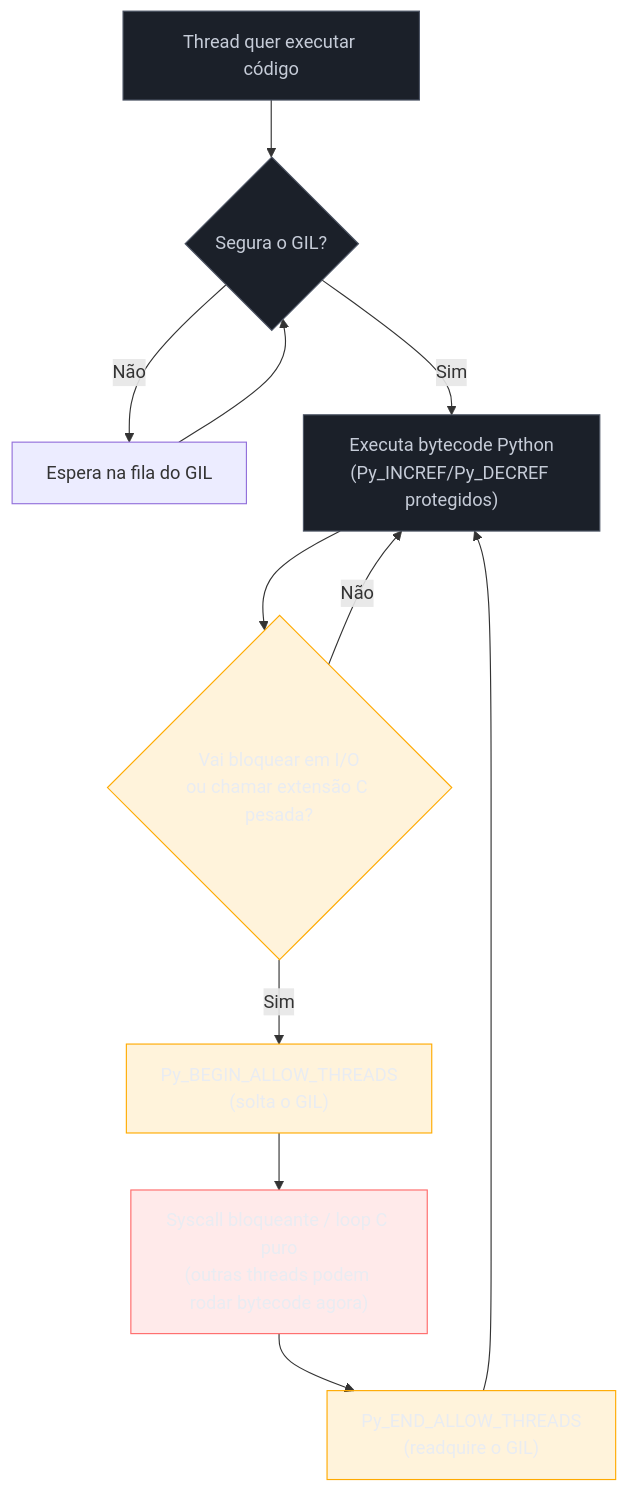
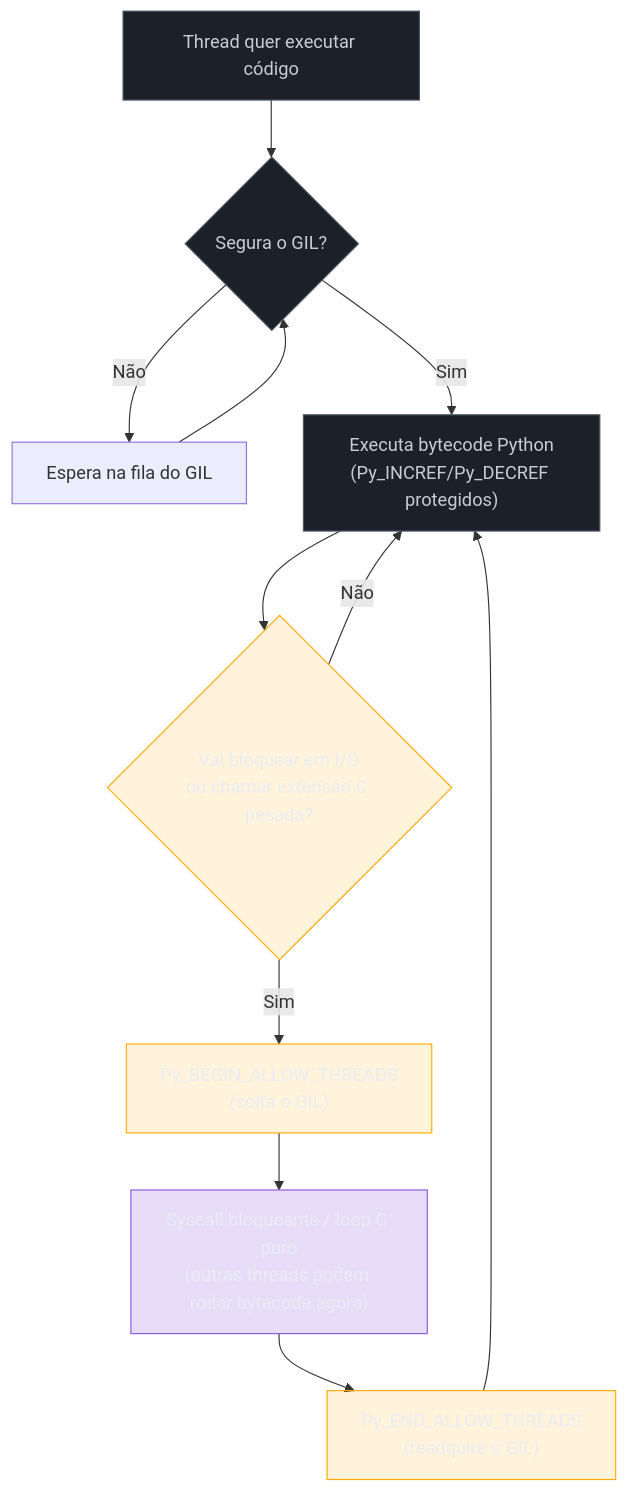
The second of 2 diagrams in 03-Dominios/Tecnologia/Python/CPython internals/04 - O GIL — o que é de verdade e por que existe.md (josenaldo/codex-technomanticus), drawn with Mermaid before and after one commit. The commit also changed 601 other files, not shown here.

````diff
--- a/03-Dominios/Tecnologia/Python/CPython internals/04 - O GIL — o que é de verdade e por que existe.md
+++ b/03-Dominios/Tecnologia/Python/CPython internals/04 - O GIL — o que é de verdade e por que existe.md
@@ -160,24 +160,24 @@
 ```mermaid
 flowchart TB
+    classDef marca fill:#8855DF33,stroke:#8855DF,color:#E9ECF2
     classDef neutro fill:#1B2029,stroke:#4E5666,color:#C6CCD8
     classDef destaque fill:#FFAA0024,stroke:#FFAA00,color:#E9ECF2
-    classDef falha fill:#FF6B6B24,stroke:#FF6B6B,color:#E9ECF2
     Start["Thread quer executar código"] --> HasGIL{"Segura o GIL?"}
     HasGIL -- Não --> Wait["Espera na fila do GIL"]
     Wait --> HasGIL
     HasGIL -- Sim --> Bytecode["Executa bytecode Python\n(Py_INCREF/Py_DECREF protegidos)"]
     Bytecode --> Blocking{"Vai bloquear em I/O\nou chamar extensão C pesada?"}
     Blocking -- Não --> Bytecode
     Blocking -- Sim --> Release["Py_BEGIN_ALLOW_THREADS\n(solta o GIL)"]
     Release --> External["Syscall bloqueante / loop C puro\n(outras threads podem rodar bytecode agora)"]
     External --> Reacquire["Py_END_ALLOW_THREADS\n(readquire o GIL)"]
     Reacquire --> Bytecode
 
     class Start neutro
     class HasGIL neutro
     class Bytecode neutro
     class Blocking destaque
     class Release destaque
-    class External falha
+    class External marca
     class Reacquire destaque
 ```
````
